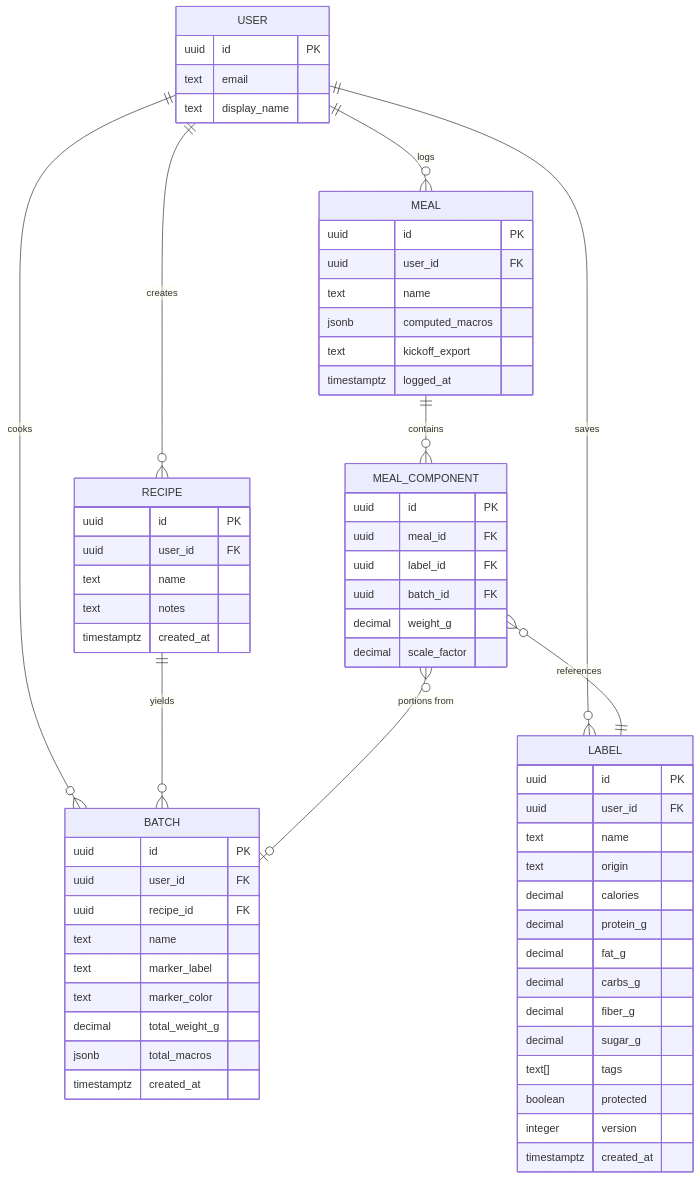
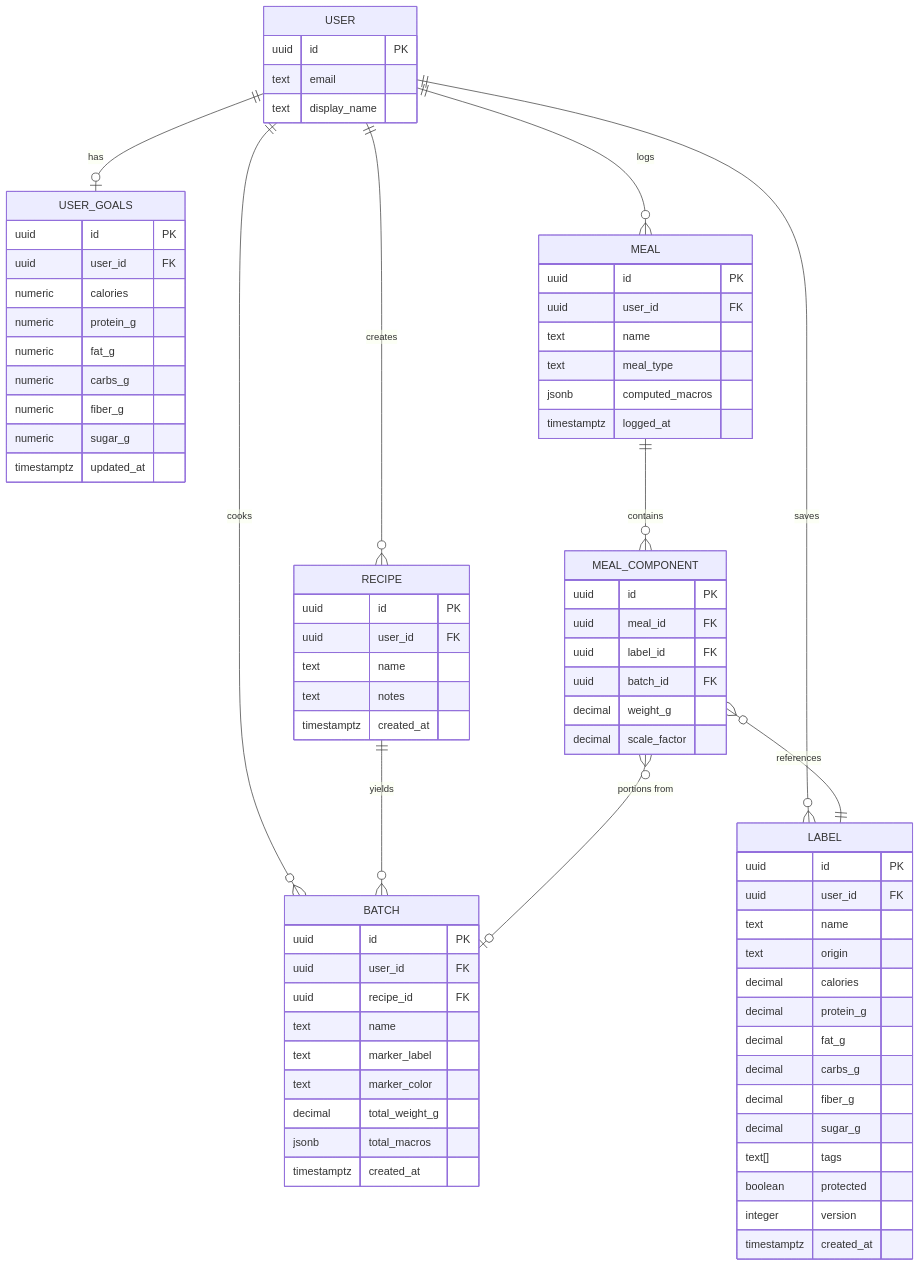
One commit to rickcedwhat/julia-learn changed the first of 5 diagrams in docs/architecture.md. Above: the diagram before and after it, drawn with Mermaid. The commit also changed other lines of this file, not shown here.

Commit message:
docs: update architecture for meal logging, save widget, daily log, user goals

````diff
--- a/docs/architecture.md
+++ b/docs/architecture.md
@@ -7,67 +7,79 @@
 ```mermaid
 erDiagram
     USER {
         uuid id PK
         text email
         text display_name
+    }
+    USER_GOALS {
+        uuid id PK
+        uuid user_id FK
+        numeric calories
+        numeric protein_g
+        numeric fat_g
+        numeric carbs_g
+        numeric fiber_g
+        numeric sugar_g
+        timestamptz updated_at
     }
     RECIPE {
         uuid id PK
         uuid user_id FK
         text name
         text notes
         timestamptz created_at
     }
     BATCH {
         uuid id PK
         uuid user_id FK
         uuid recipe_id FK
         text name
         text marker_label
         text marker_color
         decimal total_weight_g
         jsonb total_macros
         timestamptz created_at
     }
     LABEL {
         uuid id PK
         uuid user_id FK
         text name
         text origin
         decimal calories
         decimal protein_g
         decimal fat_g
         decimal carbs_g
         decimal fiber_g
         decimal sugar_g
         text[] tags
         boolean protected
         integer version
         timestamptz created_at
     }
     MEAL {
         uuid id PK
         uuid user_id FK
         text name
+        text meal_type
         jsonb computed_macros
-        text kickoff_export
         timestamptz logged_at
     }
     MEAL_COMPONENT {
         uuid id PK
         uuid meal_id FK
         uuid label_id FK
         uuid batch_id FK
         decimal weight_g
         decimal scale_factor
     }
 
+    USER ||--o| USER_GOALS : "has"
     USER ||--o{ RECIPE : "creates"
     USER ||--o{ BATCH : "cooks"
     USER ||--o{ LABEL : "saves"
     USER ||--o{ MEAL : "logs"
     RECIPE ||--o{ BATCH : "yields"
     MEAL ||--o{ MEAL_COMPONENT : "contains"
     MEAL_COMPONENT }o--|| LABEL : "references"
     MEAL_COMPONENT }o--o| BATCH : "portions from"
 ```
````
